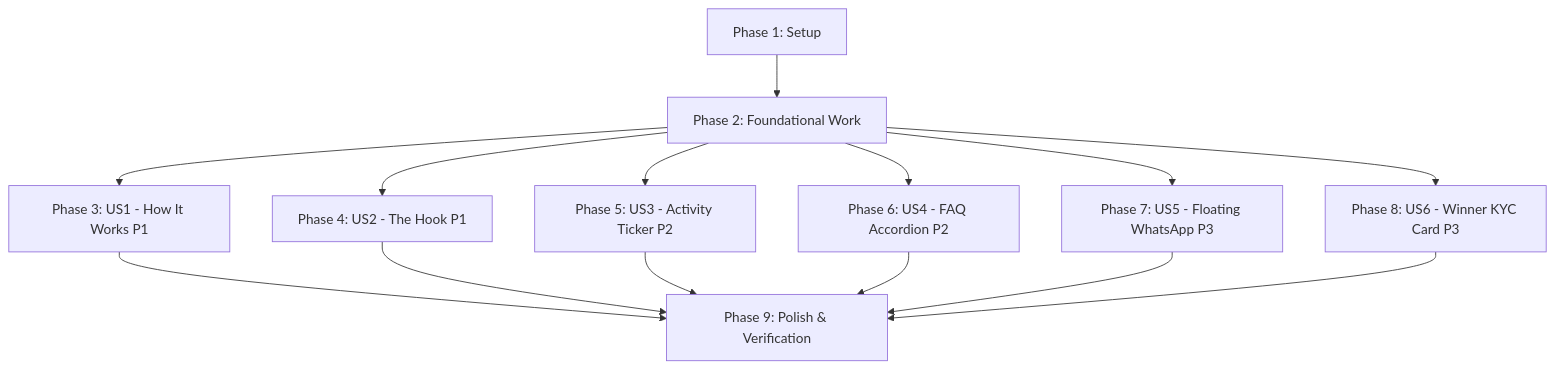
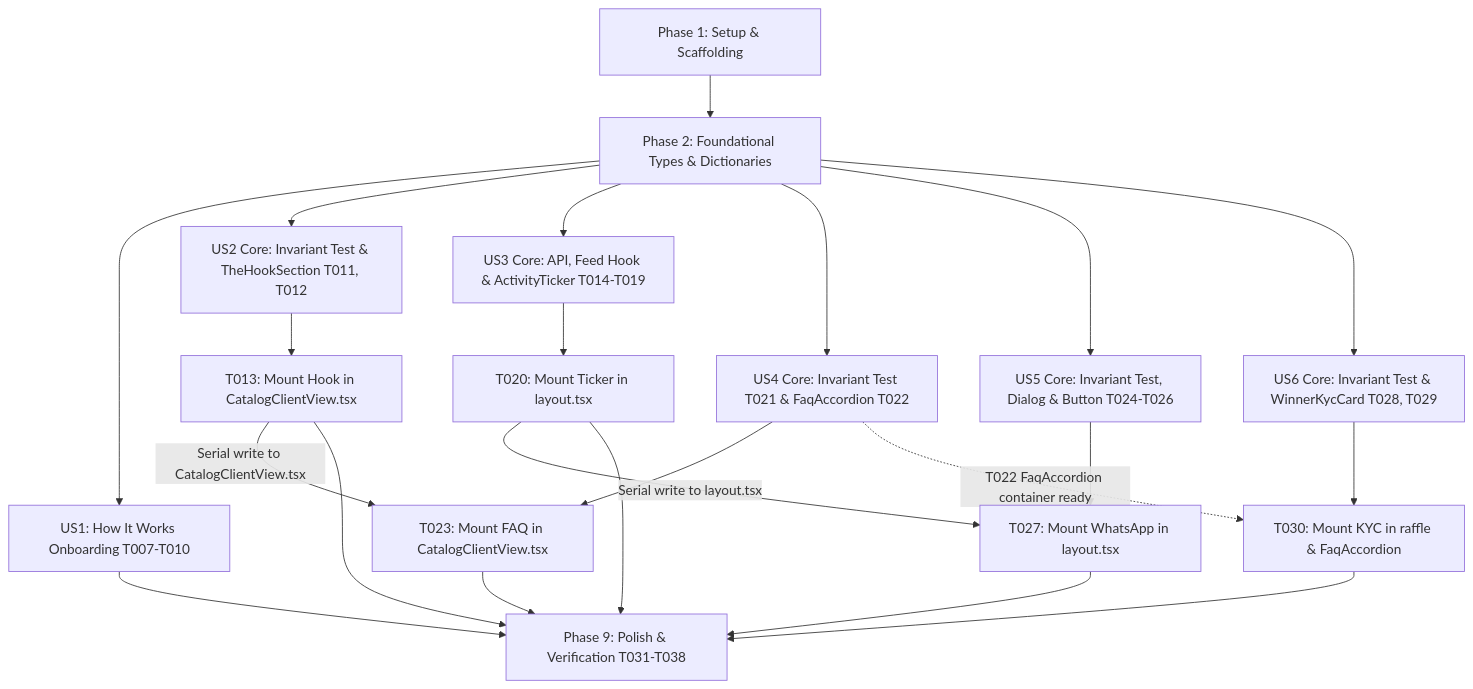
The diagram in specs/004-front-of-house-trust-engagement/tasks.md (Muaz-Aldalil/Knzin), drawn with Mermaid before and after one commit. The commit also changed other lines of this file and 30 other files, not shown here.

````diff
--- a/specs/004-front-of-house-trust-engagement/tasks.md
+++ b/specs/004-front-of-house-trust-engagement/tasks.md
@@ -183,16 +183,35 @@
 ```mermaid
 graph TD
-    P1[Phase 1: Setup] --> P2[Phase 2: Foundational Work]
-    P2 --> P3[Phase 3: US1 - How It Works P1]
-    P2 --> P4[Phase 4: US2 - The Hook P1]
-    P2 --> P5[Phase 5: US3 - Activity Ticker P2]
-    P2 --> P6[Phase 6: US4 - FAQ Accordion P2]
-    P2 --> P7[Phase 7: US5 - Floating WhatsApp P3]
-    P2 --> P8[Phase 8: US6 - Winner KYC Card P3]
-    P3 --> P9[Phase 9: Polish & Verification]
-    P4 --> P9
-    P5 --> P9
-    P6 --> P9
-    P7 --> P9
-    P8 --> P9
+    P1[Phase 1: Setup & Scaffolding] --> P2[Phase 2: Foundational Types & Dictionaries]
+
+    %% Parallel Story Branches from Phase 2
+    P2 --> US1[US1: How It Works Onboarding T007-T010]
+    
+    P2 --> US2_Core[US2 Core: Invariant Test & TheHookSection T011, T012]
+    US2_Core --> T013[T013: Mount Hook in CatalogClientView.tsx]
+
+    P2 --> US3_Core[US3 Core: API, Feed Hook & ActivityTicker T014-T019]
+    US3_Core --> T020[T020: Mount Ticker in layout.tsx]
+
+    P2 --> US4_Core[US4 Core: Invariant Test T021 & FaqAccordion T022]
+    US4_Core --> T023[T023: Mount FAQ in CatalogClientView.tsx]
+
+    P2 --> US5_Core[US5 Core: Invariant Test, Dialog & Button T024-T026]
+    US5_Core --> T027[T027: Mount WhatsApp in layout.tsx]
+
+    P2 --> US6_Core[US6 Core: Invariant Test & WinnerKycCard T028, T029]
+    US6_Core --> T030[T030: Mount KYC in raffle & FaqAccordion]
+
+    %% Exact Task-Level Shared-File Dependencies (NO phase-level serialization)
+    T013 -->|Serial write to CatalogClientView.tsx| T023
+    T020 -->|Serial write to layout.tsx| T027
+    US4_Core -.->|T022 FaqAccordion container ready| T030
+
+    %% Convergence into Phase 9
+    US1 --> P9[Phase 9: Polish & Verification T031-T038]
+    T013 --> P9
+    T020 --> P9
+    T023 --> P9
+    T027 --> P9
+    T030 --> P9
 ```
````
